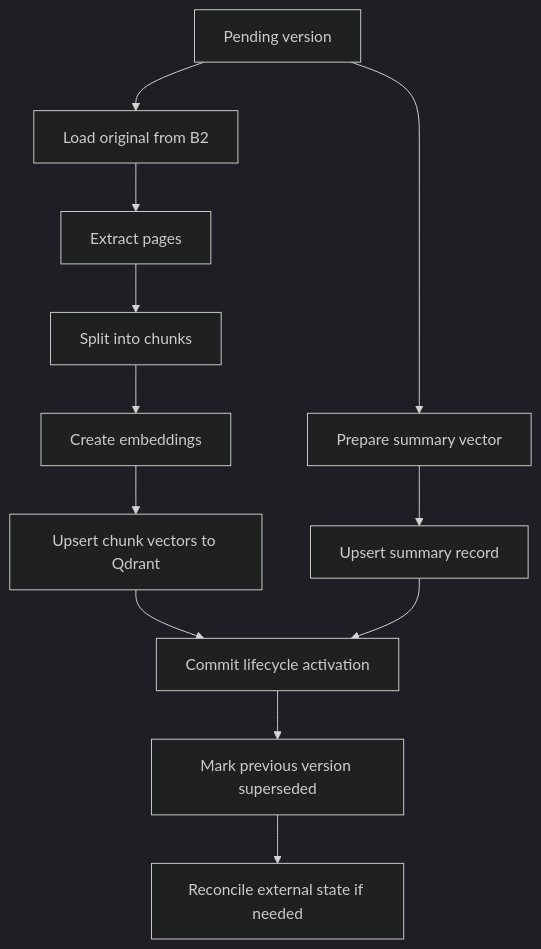
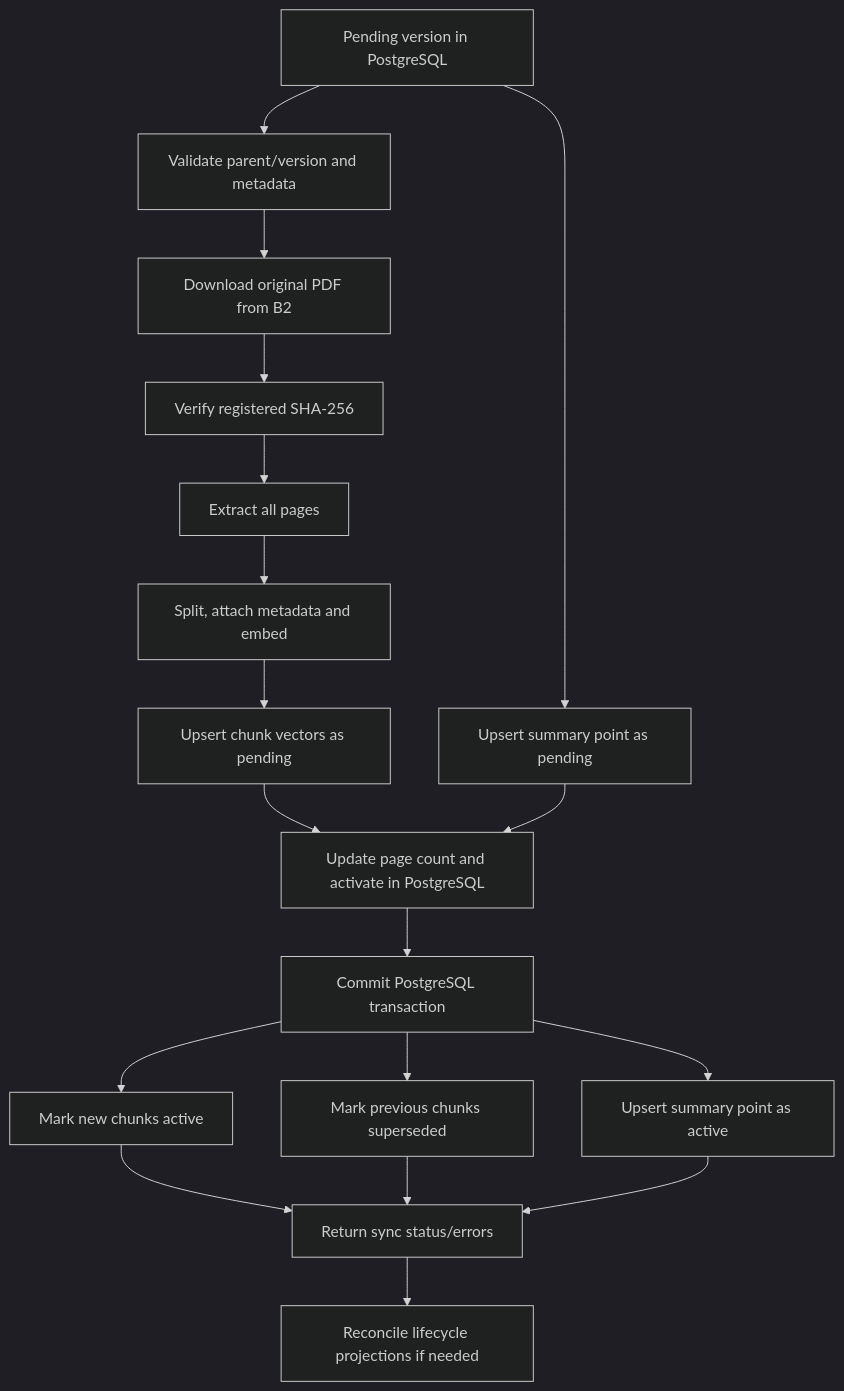
Before and after one commit to aasifmiya11/SaviraCortex-v0.1-Backend: the diagram in docs/diagrams/indexing-flow.md, drawn with Mermaid (dark theme). The commit also changed other lines of this file and 24 other files, not shown here.

````diff
--- a/docs/diagrams/indexing-flow.md
+++ b/docs/diagrams/indexing-flow.md
@@ -3,14 +3,20 @@
 ```mermaid
 flowchart TD
- A[Pending version] --> B[Load original from B2]
- B --> C[Extract pages]
- C --> D[Split into chunks]
- D --> E[Create embeddings]
- E --> F[Upsert chunk vectors to Qdrant]
- A --> G[Prepare summary vector]
- G --> H[Upsert summary record]
- F --> I[Commit lifecycle activation]
+ A[Pending version in PostgreSQL] --> B[Validate parent/version and metadata]
+ B --> C[Download original PDF from B2]
+ C --> D[Verify registered SHA-256]
+ D --> E[Extract all pages]
+ E --> F[Split, attach metadata and embed]
+ F --> G[Upsert chunk vectors as pending]
+ A --> H[Upsert summary point as pending]
+ G --> I[Update page count and activate in PostgreSQL]
  H --> I
- I --> J[Mark previous version superseded]
- J --> K[Reconcile external state if needed]
+ I --> J[Commit PostgreSQL transaction]
+ J --> K[Mark new chunks active]
+ J --> L[Mark previous chunks superseded]
+ J --> M[Upsert summary point as active]
+ K --> N[Return sync status/errors]
+ L --> N
+ M --> N
+ N --> O[Reconcile lifecycle projections if needed]
 ```
````
